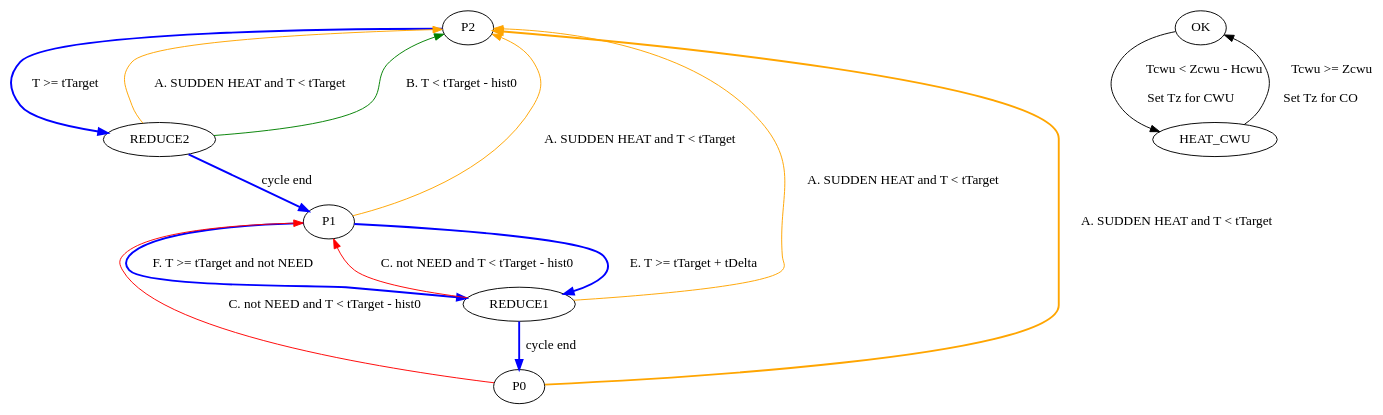
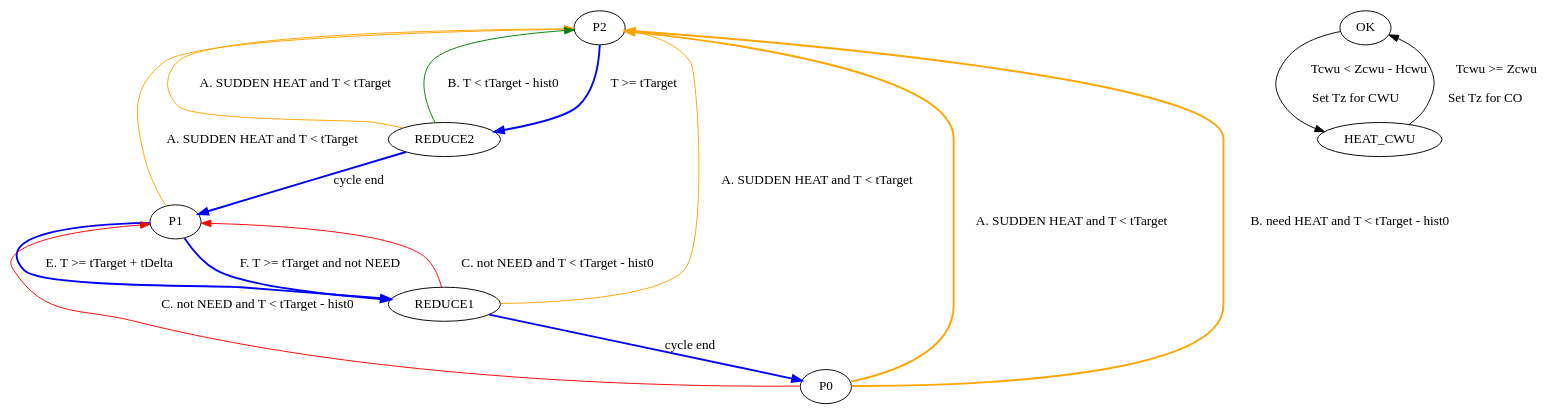
The diagram in states.gv (lafar6502/masterpiec), drawn with Graphviz before and after one commit. The commit also changed 2 other files, not shown here.

```diff
--- a/states.gv
+++ b/states.gv
@@ -1,47 +1,49 @@
 digraph G {
 
 HEAT [label="P2"]
 COOLOFF [label="P1"]
 MAINTAIN [label="P0"]
 
 HEAT->REDUCE2 [label="T >= tTarget", style=bold, color=blue]
 
 REDUCE2 -> COOLOFF [label="cycle end",style=bold, color=blue]
 
 
 REDUCE2 -> HEAT [label="A. SUDDEN HEAT and T < tTarget", color=orange]
 REDUCE2 -> HEAT [label="B. T < tTarget - hist0", color=green]
 
 COOLOFF->REDUCE1 [label="E. T >= tTarget + tDelta", style=bold, color=blue]
 COOLOFF->REDUCE1 [label="F. T >= tTarget and not NEED", style=bold, color=blue]
 
 REDUCE1 -> MAINTAIN [label="cycle end", style=bold, color=blue]
 
 
 REDUCE1 -> HEAT [label="A. SUDDEN HEAT and T < tTarget", color=orange]
 //REDUCE1 -> HEAT [label="B. T <= tTarget - hist0", color=green]
 REDUCE1 -> COOLOFF [label="C. not NEED and T < tTarget - hist0", color=red]
 
 //REDUCE1 -> COOLOFF [label="2. NEED and T<tTarget"]
 
 COOLOFF -> HEAT [label="A. SUDDEN HEAT and T < tTarget", color=orange]
 //COOLOFF->HEAT [label="B. T <= tTarget - hist0", color=green]
 
 //HEAT -> REDUCE1 [label="1. T > tTarget + tDelta", color=green]
 MAINTAIN -> HEAT [label="A. SUDDEN HEAT and T < tTarget", style=bold, color=orange]
+MAINTAIN -> HEAT [label="B. need HEAT and T < tTarget - hist0", style=bold, color=orange]
+
 //MAINTAIN -> HEAT [label="B. T <= tTarget - hist0", style=bold, color=green]
 MAINTAIN -> COOLOFF[label="C. not NEED and T < tTarget - hist0", color=red]
 
 //MAINTAIN -> COOLOFF [label="NEED and T between tTarget - hist0 and tTarget", style=bold, color=darkgreen]
 
 
 
 subgraph CWU {
     OK -> HEAT_CWU [label="Tcwu < Zcwu - Hcwu\r\nSet Tz for CWU"]
     HEAT_CWU -> OK [label="Tcwu >= Zcwu\r\nSet Tz for CO"]
     
 }
 
 
 
 }
```
